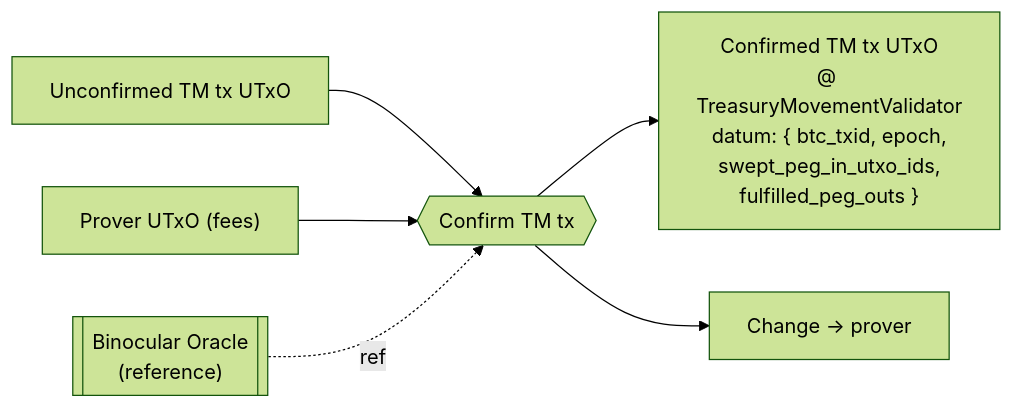
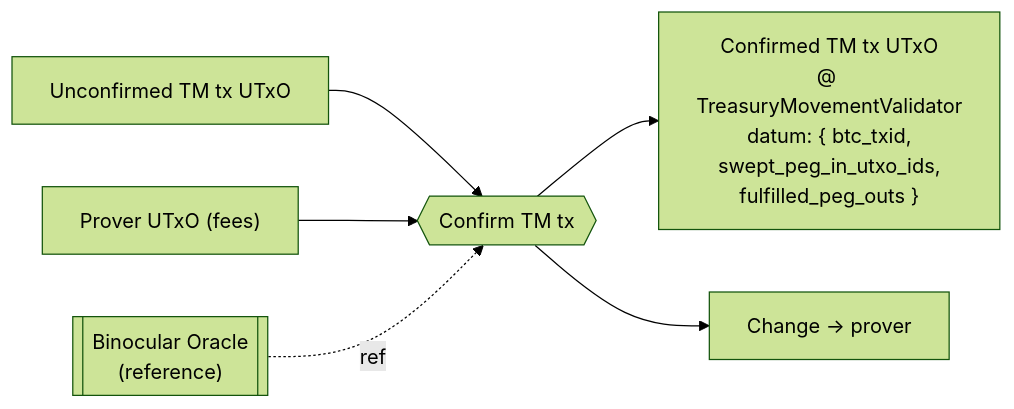
Before and after one commit to FluidTokens/ft-bifrost-bridge: diagram 14 of 19 in documentation/technical_documentation.md, drawn with Mermaid (forest theme). The commit also changed other lines of this file and 2 other files, not shown here.

First line of the commit message:
docs: TM confirmed-chain treasury tracking + preprod migration runbook

````diff
--- a/documentation/technical_documentation.md
+++ b/documentation/technical_documentation.md
@@ -1613,8 +1616,8 @@
 ```mermaid
 flowchart LR
   unconf["Unconfirmed TM tx UTxO"] --> tx{{"Confirm TM tx"}}
   prover["Prover UTxO (fees)"] --> tx
   binoc[["Binocular Oracle<br/>(reference)"]] -. ref .-> tx
-  tx --> conf["Confirmed TM tx UTxO<br/>@ TreasuryMovementValidator<br/>datum: { btc_txid, epoch,<br/>swept_peg_in_utxo_ids,<br/>fulfilled_peg_outs }"]
+  tx --> conf["Confirmed TM tx UTxO<br/>@ TreasuryMovementValidator<br/>datum: { btc_txid,<br/>swept_peg_in_utxo_ids,<br/>fulfilled_peg_outs }"]
   tx --> change["Change → prover"]
 ```
````
